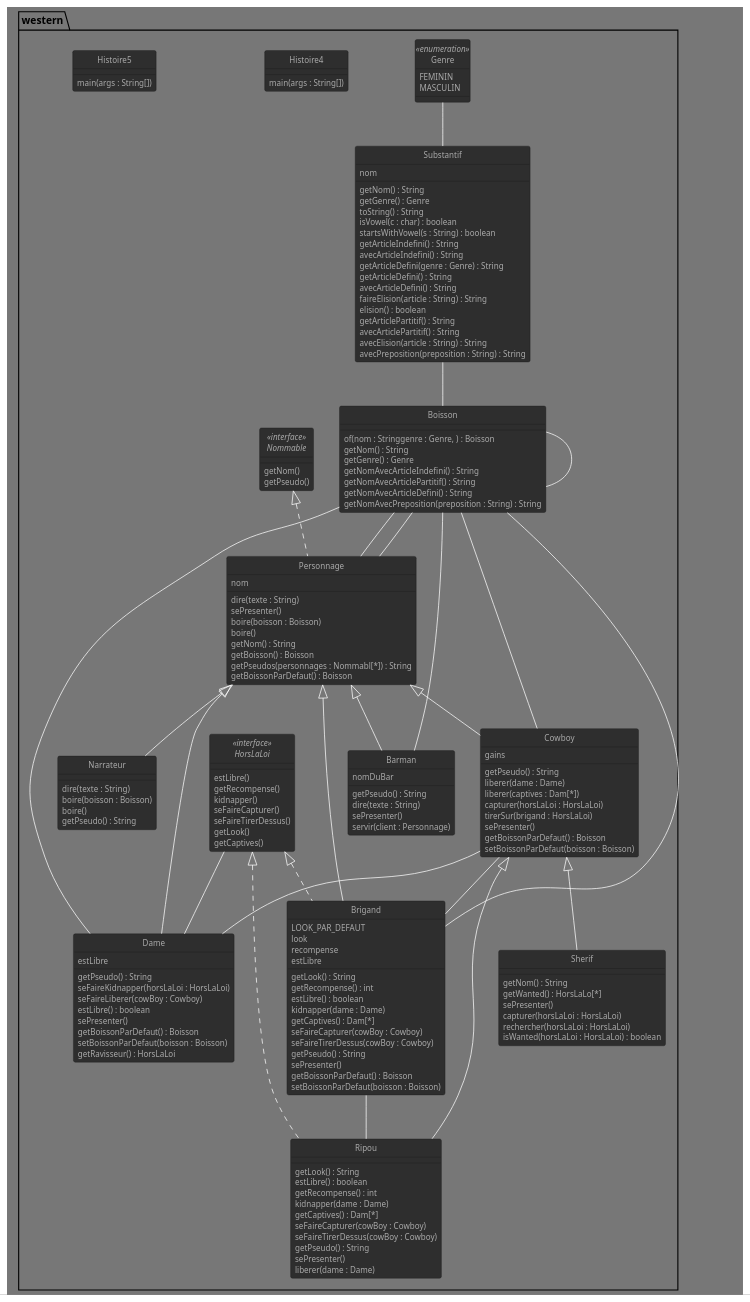
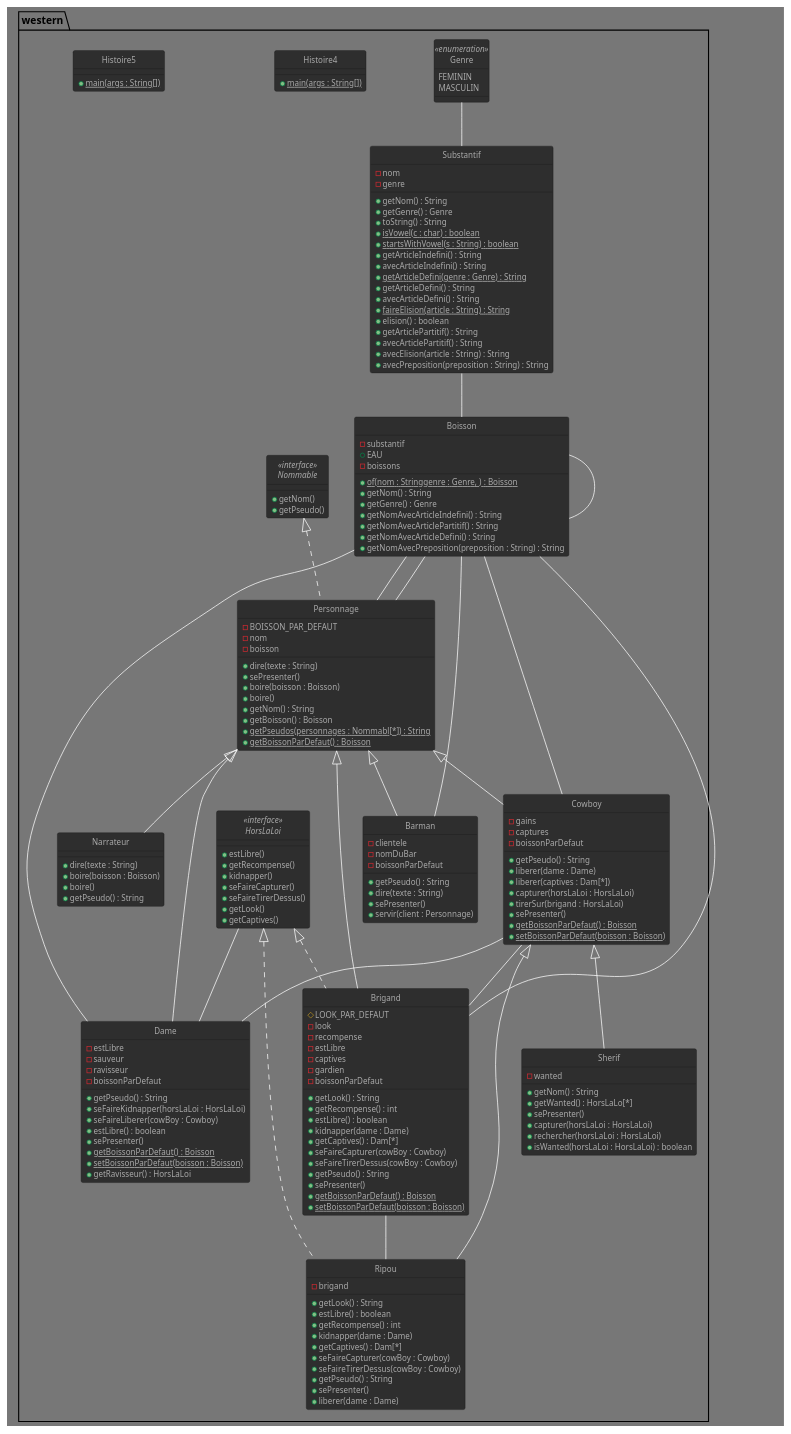
One commit to GlazKrovi/JavaToPlantUML changed the diagram in generates/pumls/DCC_western.puml. Above: the diagram before and after it, drawn with PlantUML. The commit also changed 4 other files, not shown here.

```diff
--- a/generates/pumls/DCC_western.puml
+++ b/generates/pumls/DCC_western.puml
@@ -1,169 +1,187 @@
 @startuml
 !theme reddress-darkgreen
 skinparam style strictuml
 
 package western {
 class Barman extends western.Personnage {
-nomDuBar
-getPseudo() : String
-dire(texte : String)
-sePresenter()
-servir(client : Personnage)
+-clientele
+-nomDuBar
+-boissonParDefaut
++getPseudo() : String
++dire(texte : String)
++sePresenter()
++servir(client : Personnage)
 
 }
 class Boisson {
-of(nom : Stringgenre : Genre, ) : Boisson
-getNom() : String
-getGenre() : Genre
-getNomAvecArticleIndefini() : String
-getNomAvecArticlePartitif() : String
-getNomAvecArticleDefini() : String
-getNomAvecPreposition(preposition : String) : String
+-substantif
++EAU
+-boissons
++ {static} of(nom : Stringgenre : Genre, ) : Boisson
++getNom() : String
++getGenre() : Genre
++getNomAvecArticleIndefini() : String
++getNomAvecArticlePartitif() : String
++getNomAvecArticleDefini() : String
++getNomAvecPreposition(preposition : String) : String
 
 }
 class Brigand extends western.Personnage implements western.HorsLaLoi {
-LOOK_PAR_DEFAUT
-look
-recompense
-estLibre
-getLook() : String
-getRecompense() : int
-estLibre() : boolean
-kidnapper(dame : Dame)
-getCaptives() : Dam[*]
-seFaireCapturer(cowBoy : Cowboy)
-seFaireTirerDessus(cowBoy : Cowboy)
-getPseudo() : String
-sePresenter()
-getBoissonParDefaut() : Boisson
-setBoissonParDefaut(boisson : Boisson)
+#LOOK_PAR_DEFAUT
+-look
+-recompense
+-estLibre
+-captives
+-gardien
++getLook() : String
++getRecompense() : int
++estLibre() : boolean
++kidnapper(dame : Dame)
++getCaptives() : Dam[*]
++seFaireCapturer(cowBoy : Cowboy)
++seFaireTirerDessus(cowBoy : Cowboy)
++getPseudo() : String
++sePresenter()
+-boissonParDefaut
++ {static} getBoissonParDefaut() : Boisson
++ {static} setBoissonParDefaut(boisson : Boisson)
 
 }
 class Cowboy extends western.Personnage {
-gains
-getPseudo() : String
-liberer(dame : Dame)
-liberer(captives : Dam[*])
-capturer(horsLaLoi : HorsLaLoi)
-tirerSur(brigand : HorsLaLoi)
-sePresenter()
-getBoissonParDefaut() : Boisson
-setBoissonParDefaut(boisson : Boisson)
+-gains
+-captures
++getPseudo() : String
++liberer(dame : Dame)
++liberer(captives : Dam[*])
++capturer(horsLaLoi : HorsLaLoi)
++tirerSur(brigand : HorsLaLoi)
++sePresenter()
+-boissonParDefaut
++ {static} getBoissonParDefaut() : Boisson
++ {static} setBoissonParDefaut(boisson : Boisson)
 
 }
 class Dame extends western.Personnage {
-estLibre
-getPseudo() : String
-seFaireKidnapper(horsLaLoi : HorsLaLoi)
-seFaireLiberer(cowBoy : Cowboy)
-estLibre() : boolean
-sePresenter()
-getBoissonParDefaut() : Boisson
-setBoissonParDefaut(boisson : Boisson)
-getRavisseur() : HorsLaLoi
+-estLibre
+-sauveur
+-ravisseur
++getPseudo() : String
++seFaireKidnapper(horsLaLoi : HorsLaLoi)
++seFaireLiberer(cowBoy : Cowboy)
++estLibre() : boolean
++sePresenter()
+-boissonParDefaut
++ {static} getBoissonParDefaut() : Boisson
++ {static} setBoissonParDefaut(boisson : Boisson)
++getRavisseur() : HorsLaLoi
 
 }
 enum Genre <<enumeration>> {
 FEMININ
 MASCULIN
 
 }
 class Histoire4 {
-main(args : String[])
++ {static} main(args : String[])
 
 }
 class Histoire5 {
-main(args : String[])
++ {static} main(args : String[])
 
 }
 interface HorsLaLoi <<interface>> {
-estLibre()
-getRecompense()
-kidnapper()
-seFaireCapturer()
-seFaireTirerDessus()
-getLook()
-getCaptives()
++estLibre()
++getRecompense()
++kidnapper()
++seFaireCapturer()
++seFaireTirerDessus()
++getLook()
++getCaptives()
 
 }
 class Narrateur extends western.Personnage {
-dire(texte : String)
-boire(boisson : Boisson)
-boire()
-getPseudo() : String
++dire(texte : String)
++boire(boisson : Boisson)
++boire()
++getPseudo() : String
 
 }
 interface Nommable <<interface>> {
-getNom()
-getPseudo()
++getNom()
++getPseudo()
 
 }
 class Personnage implements western.Nommable {
-nom
-dire(texte : String)
-sePresenter()
-boire(boisson : Boisson)
-boire()
-getNom() : String
-getBoisson() : Boisson
-getPseudos(personnages : Nommabl[*]) : String
-getBoissonParDefaut() : Boisson
+-BOISSON_PAR_DEFAUT
+-nom
+-boisson
++dire(texte : String)
++sePresenter()
++boire(boisson : Boisson)
++boire()
++getNom() : String
++getBoisson() : Boisson
++ {static} getPseudos(personnages : Nommabl[*]) : String
++ {static} getBoissonParDefaut() : Boisson
 
 }
 class Ripou extends western.Cowboy implements western.HorsLaLoi {
-getLook() : String
-estLibre() : boolean
-getRecompense() : int
-kidnapper(dame : Dame)
-getCaptives() : Dam[*]
-seFaireCapturer(cowBoy : Cowboy)
-seFaireTirerDessus(cowBoy : Cowboy)
-getPseudo() : String
-sePresenter()
-liberer(dame : Dame)
+-brigand
++getLook() : String
++estLibre() : boolean
++getRecompense() : int
++kidnapper(dame : Dame)
++getCaptives() : Dam[*]
++seFaireCapturer(cowBoy : Cowboy)
++seFaireTirerDessus(cowBoy : Cowboy)
++getPseudo() : String
++sePresenter()
++liberer(dame : Dame)
 
 }
 class Sherif extends western.Cowboy {
-getNom() : String
-getWanted() : HorsLaLo[*]
-sePresenter()
-capturer(horsLaLoi : HorsLaLoi)
-rechercher(horsLaLoi : HorsLaLoi)
-isWanted(horsLaLoi : HorsLaLoi) : boolean
+-wanted
++getNom() : String
++getWanted() : HorsLaLo[*]
++sePresenter()
++capturer(horsLaLoi : HorsLaLoi)
++rechercher(horsLaLoi : HorsLaLoi)
++isWanted(horsLaLoi : HorsLaLoi) : boolean
 
 }
 class Substantif {
-nom
-getNom() : String
-getGenre() : Genre
-toString() : String
-isVowel(c : char) : boolean
-startsWithVowel(s : String) : boolean
-getArticleIndefini() : String
-avecArticleIndefini() : String
-getArticleDefini(genre : Genre) : String
-getArticleDefini() : String
-avecArticleDefini() : String
-faireElision(article : String) : String
-elision() : boolean
-getArticlePartitif() : String
-avecArticlePartitif() : String
-avecElision(article : String) : String
-avecPreposition(preposition : String) : String
+-nom
+-genre
++getNom() : String
++getGenre() : Genre
++toString() : String
++ {static} isVowel(c : char) : boolean
++ {static} startsWithVowel(s : String) : boolean
++getArticleIndefini() : String
++avecArticleIndefini() : String
++ {static} getArticleDefini(genre : Genre) : String
++getArticleDefini() : String
++avecArticleDefini() : String
++ {static} faireElision(article : String) : String
++elision() : boolean
++getArticlePartitif() : String
++avecArticlePartitif() : String
++avecElision(article : String) : String
++avecPreposition(preposition : String) : String
 
 }
 western.Boisson -- Barman
 western.Substantif -- Boisson
 western.Boisson -- Boisson
 western.Cowboy -- Brigand
 western.Boisson -- Brigand
 western.Boisson -- Cowboy
 western.Cowboy -- Dame
 western.HorsLaLoi -- Dame
 western.Boisson -- Dame
 western.Boisson -- Personnage
 western.Boisson -- Personnage
 western.Brigand -- Ripou
 western.Genre -- Substantif
 
 @enduml
```
